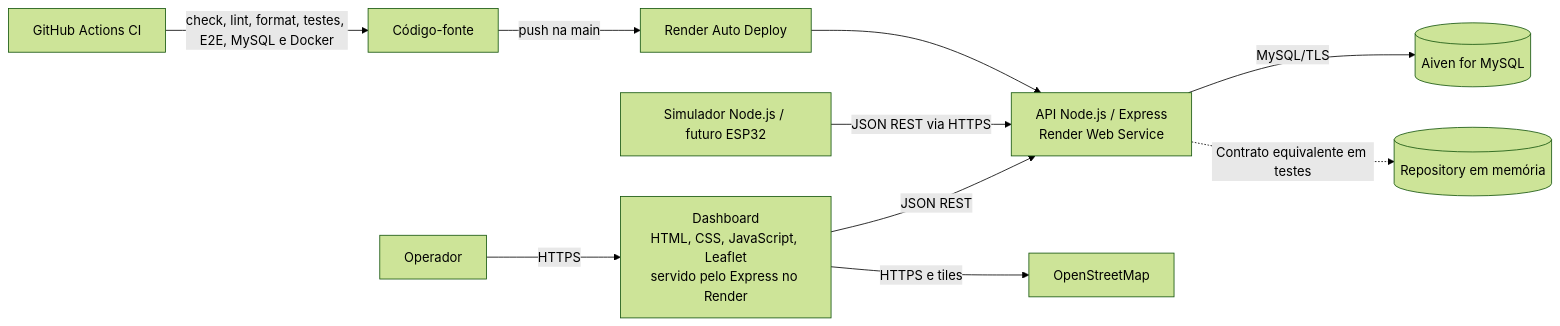
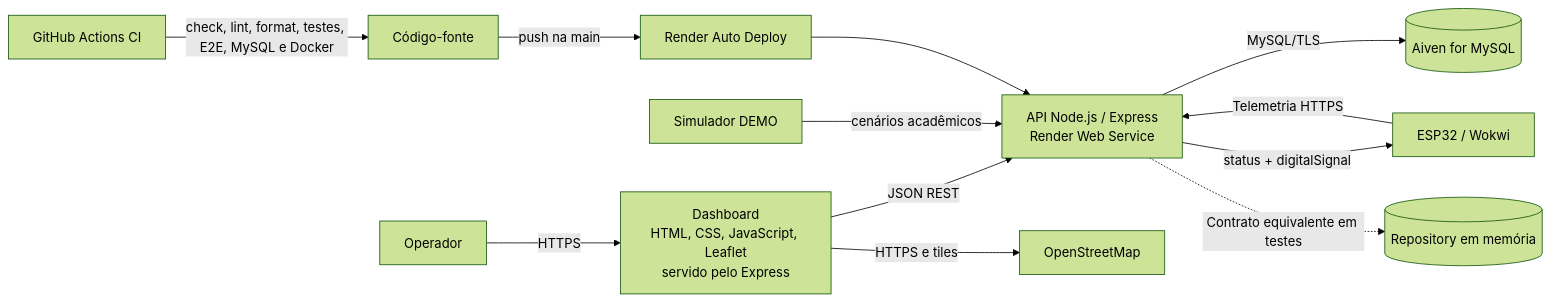
Before and after one commit to sandrozdb/lifebox-smart-organ-transport: the second of 4 diagrams in docs/architecture.md, drawn with Mermaid (forest theme). The commit also changed other lines of this file and 20 other files, not shown here.

````diff
--- a/docs/architecture.md
+++ b/docs/architecture.md
@@ -24,12 +25,14 @@
 ```mermaid
 flowchart LR
-  OP[Operador] -->|HTTPS| WEB[Dashboard\nHTML, CSS, JavaScript, Leaflet\nservido pelo Express no Render]
+  OP[Operador] -->|HTTPS| WEB[Dashboard\nHTML, CSS, JavaScript, Leaflet\nservido pelo Express]
   WEB -->|JSON REST| API[API Node.js / Express\nRender Web Service]
-  SIM[Simulador Node.js / futuro ESP32] -->|JSON REST via HTTPS| API
+  ESP[ESP32 / Wokwi] -->|Telemetria HTTPS| API
+  API -->|status + digitalSignal| ESP
+  SIM[Simulador DEMO] -->|cenários acadêmicos| API
   API -->|MySQL/TLS| MYSQL[(Aiven for MySQL)]
   API -.->|Contrato equivalente em testes| MEM[(Repository em memória)]
   WEB -->|HTTPS e tiles| OSM[OpenStreetMap]
   CI[GitHub Actions CI] -->|check, lint, format, testes, E2E, MySQL e Docker| CODE[Código-fonte]
   CODE -->|push na main| CD[Render Auto Deploy]
   CD --> API
 ```
````
